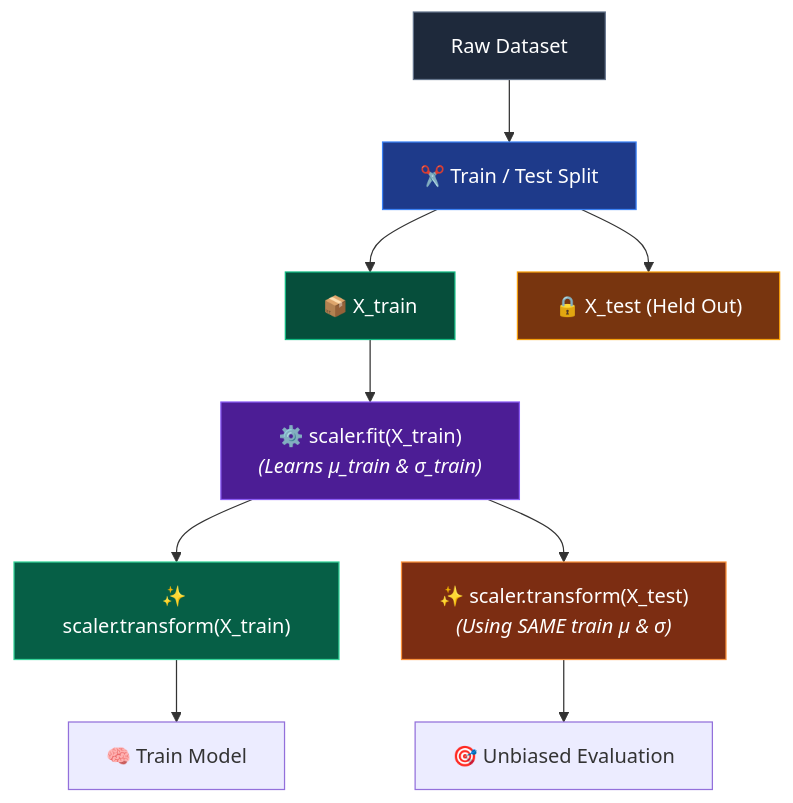
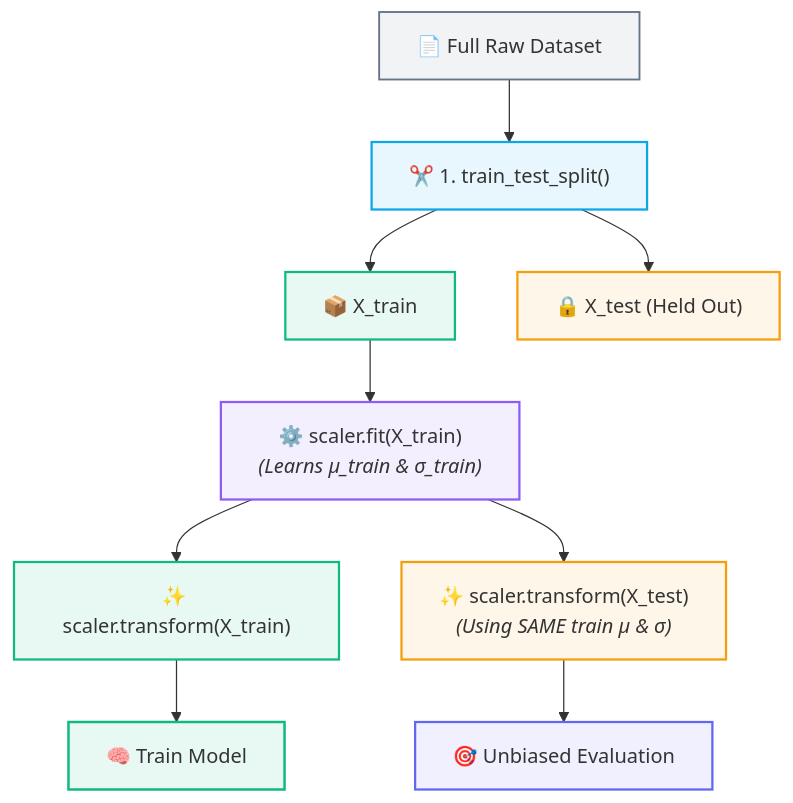
Before and after one commit to abhinavbharti2345/CS_Notes: the second of 2 diagrams in AI & ML/Data Preprocessing/Feature Scaling.md, drawn with Mermaid. The commit also changed 47 other files, not shown here.

Commit message:
docs: add computer science study notes and generate graphify visualization output

````diff
--- a/AI & ML/Data Preprocessing/Feature Scaling.md
+++ b/AI & ML/Data Preprocessing/Feature Scaling.md
@@ -137,23 +137,31 @@
 ```mermaid
 flowchart TD
-    Raw["Raw Dataset"] --> Split["✂️ Train / Test Split"]
+    Raw["📄 Full Raw Dataset"] --> Split["✂️ 1. train_test_split()"]
     
     Split --> Train["📦 X_train"]
     Split --> Test["🔒 X_test (Held Out)"]
     
     Train --> Fit["⚙️ scaler.fit(X_train)<br><i>(Learns μ_train & σ_train)</i>"]
     
     Fit --> TransTrain["✨ scaler.transform(X_train)"]
     Fit --> TransTest["✨ scaler.transform(X_test)<br><i>(Using SAME train μ & σ)</i>"]
     
     TransTrain --> Model["🧠 Train Model"]
     TransTest --> Eval["🎯 Unbiased Evaluation"]
 
-    style Raw fill:#1e293b,stroke:#64748b,color:#fff
-    style Split fill:#1e3a8a,stroke:#3b82f6,color:#fff
-    style Train fill:#064e3b,stroke:#10b981,color:#fff
-    style Test fill:#78350f,stroke:#f59e0b,color:#fff
-    style Fit fill:#4c1d95,stroke:#8b5cf6,color:#fff
-    style TransTrain fill:#065f46,stroke:#34d399,color:#fff
-    style TransTest fill:#7c2d12,stroke:#fb923c,color:#fff
+    classDef raw fill:#64748b15,stroke:#64748b,stroke-width:1.5px;
+    classDef split fill:#0ea5e918,stroke:#0ea5e9,stroke-width:1.8px;
+    classDef train fill:#10b98118,stroke:#10b981,stroke-width:1.8px;
+    classDef test fill:#f59e0b18,stroke:#f59e0b,stroke-width:1.8px;
+    classDef fit fill:#8b5cf618,stroke:#8b5cf6,stroke-width:1.8px;
+    classDef model fill:#10b98118,stroke:#10b981,stroke-width:2px;
+    classDef eval fill:#6366f118,stroke:#6366f1,stroke-width:1.8px;
+
+    class Raw raw;
+    class Split split;
+    class Train,TransTrain train;
+    class Test,TransTest test;
+    class Fit fit;
+    class Model model;
+    class Eval eval;
 ```
````
